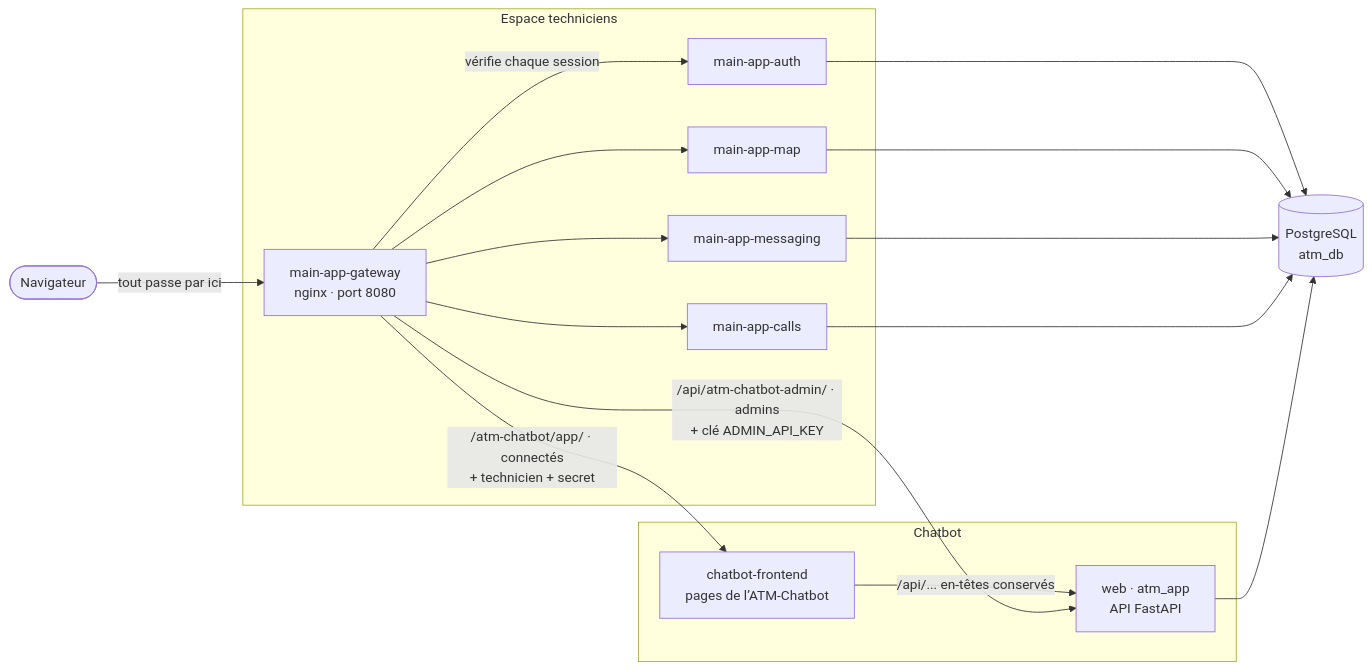
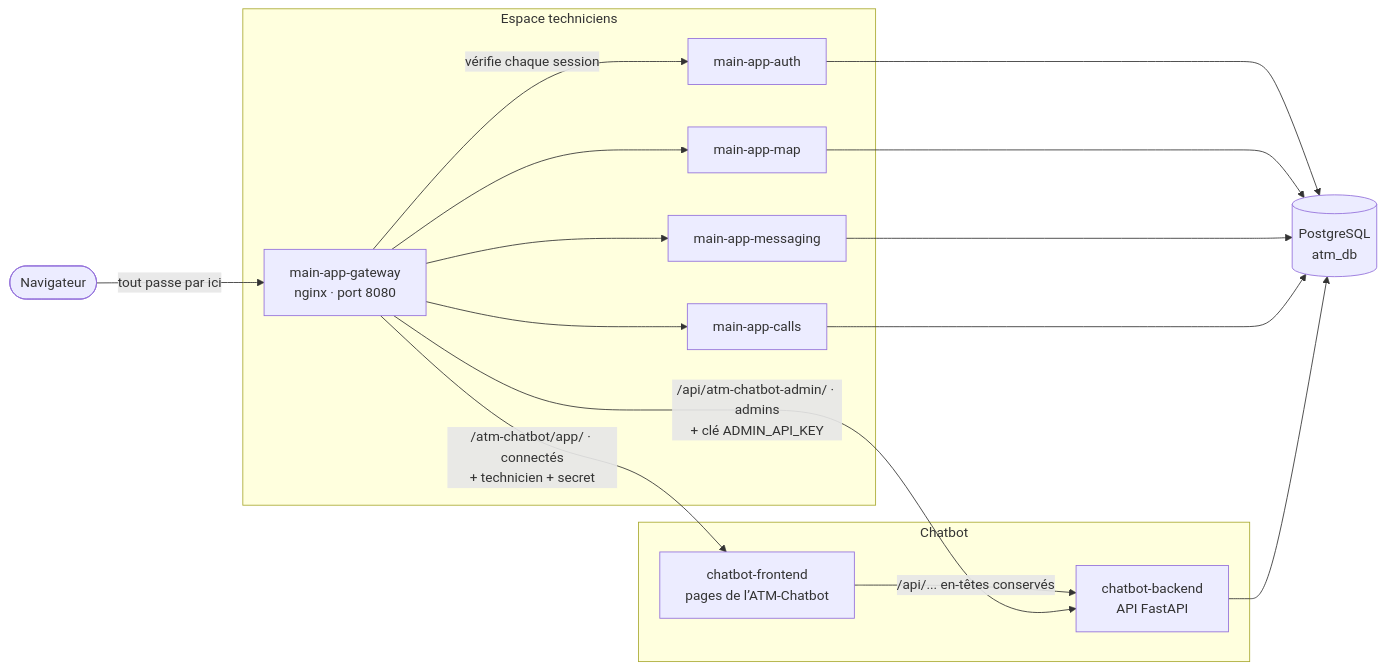
One commit to kalinuxjohn-ctrl/atm-chatbot changed the first of 4 diagrams in docs/demarrage-et-connexions.md. Above: the diagram before and after it, drawn with Mermaid. The commit also changed other lines of this file and 181 other files, not shown here.

First line of the commit message:
Polish technician app and improve chatbot responsiveness

````diff
--- a/docs/demarrage-et-connexions.md
+++ b/docs/demarrage-et-connexions.md
@@ -34,28 +34,28 @@
 ```mermaid
 flowchart LR
     navigateur([Navigateur])
 
     subgraph espace[Espace techniciens]
         gateway[main-app-gateway<br/>nginx · port 8080]
         auth[main-app-auth]
         map[main-app-map]
         messaging[main-app-messaging]
         calls[main-app-calls]
     end
 
     subgraph chatbot[Chatbot]
         frontend[chatbot-frontend<br/>pages de l’ATM-Chatbot]
-        web[web · atm_app<br/>API FastAPI]
+        backend[chatbot-backend<br/>API FastAPI]
     end
 
     base[(PostgreSQL<br/>atm_db)]
 
     navigateur -->|tout passe par ici| gateway
     gateway -->|vérifie chaque session| auth
     gateway --> map & messaging & calls
     gateway -->|/atm-chatbot/app/ · connectés<br/>+ technicien + secret| frontend
-    frontend -->|/api/... en-têtes conservés| web
-    gateway -->|/api/atm-chatbot-admin/ · admins<br/>+ clé ADMIN_API_KEY| web
+    frontend -->|/api/... en-têtes conservés| backend
+    gateway -->|/api/atm-chatbot-admin/ · admins<br/>+ clé ADMIN_API_KEY| backend
     auth & map & messaging & calls --> base
-    web --> base
+    backend --> base
 ```
````
